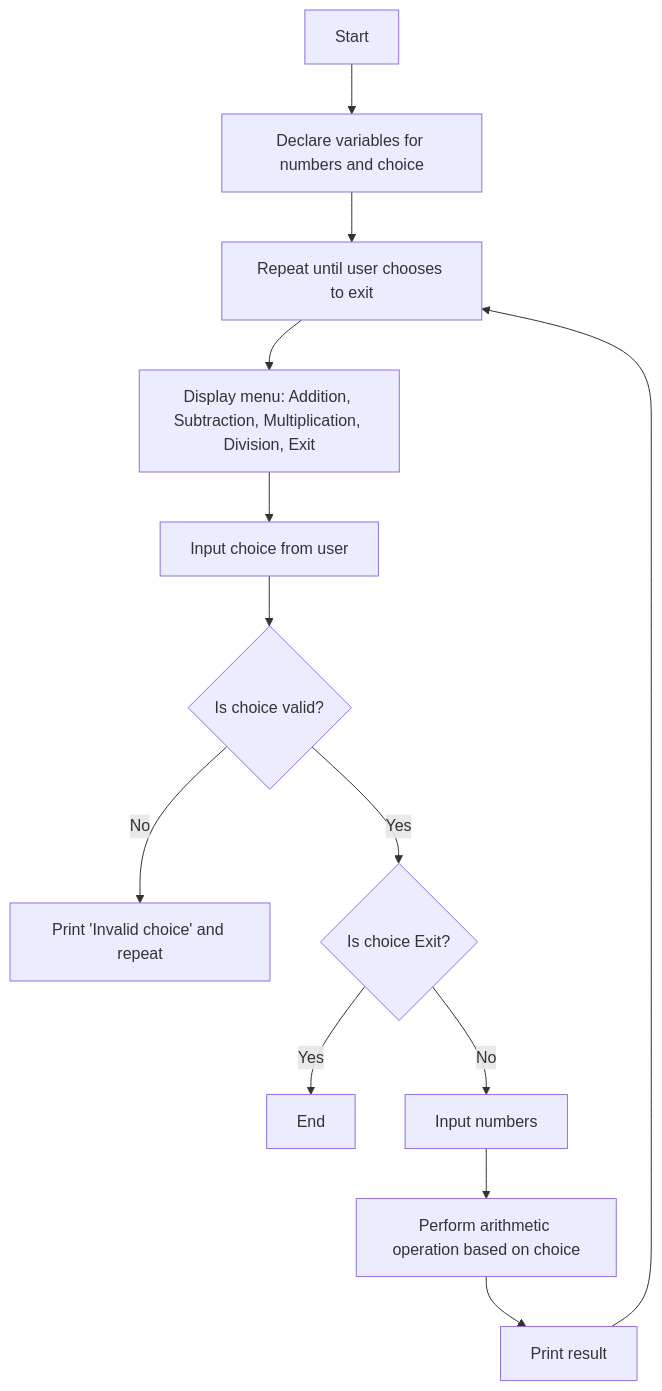
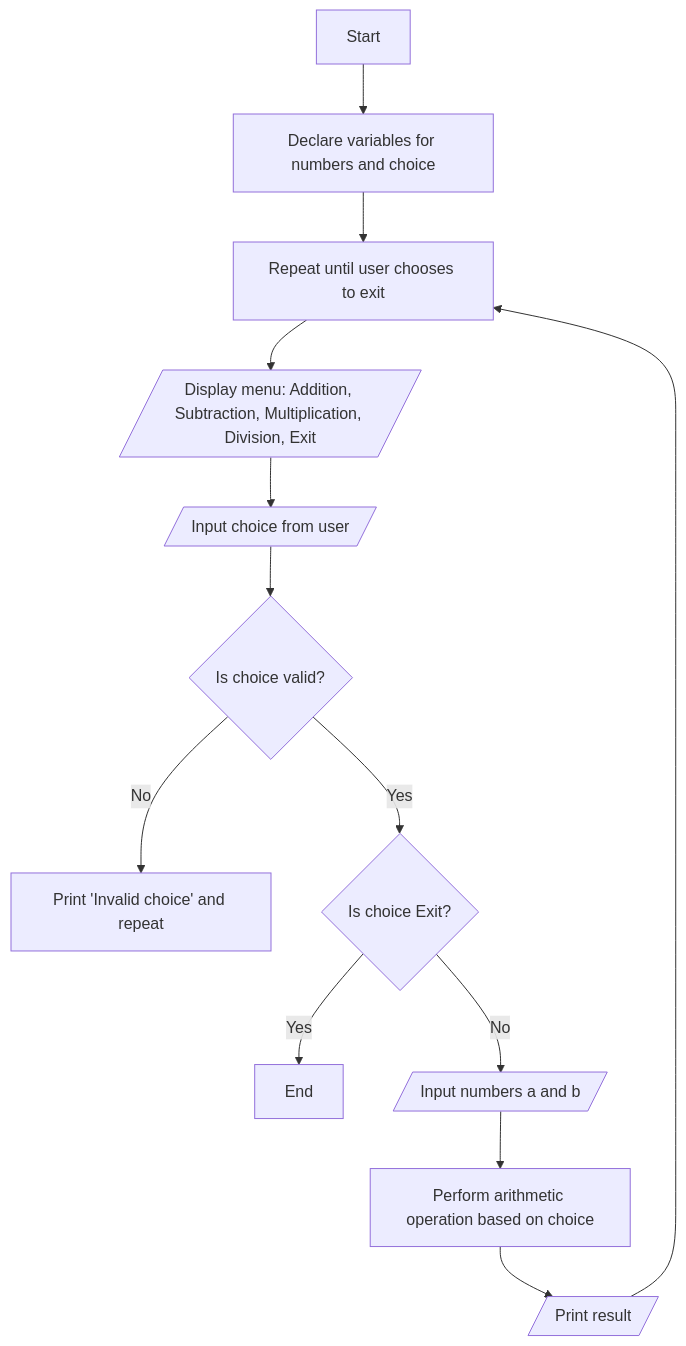
Before and after one commit to Vinit-source/Programming-for-problem-solving: the diagram in P7 - Control flow.md, drawn with Mermaid. The commit also changed other lines of this file, not shown here.

Commit message:
P7 - Control flow.md updated from https://stackedit.io/

````diff
--- a/P7 - Control flow.md
+++ b/P7 - Control flow.md
@@ -19,15 +19,15 @@
 ```mermaid
 graph TD;
     A[Start] --> B[Declare variables for numbers and choice];
     B --> C[Repeat until user chooses to exit];
-    C --> D[Display menu: Addition, Subtraction, Multiplication, Division, Exit];
-    D --> E[Input choice from user];
+    C --> D[/Display menu: Addition, Subtraction, Multiplication, Division, Exit/];
+    D --> E[/Input choice from user/];
     E --> F{Is choice valid?};
     F -- No --> G[Print 'Invalid choice' and repeat];
     F -- Yes --> H{Is choice Exit?};
     H -- Yes --> I[End];
-    H -- No --> J[Input numbers];
+    H -- No --> J[/Input numbers a and b/];
     J --> K[Perform arithmetic operation based on choice];
-    K --> L[Print result];
+    K --> L[/Print result/];
     L --> C;
 ```
````
